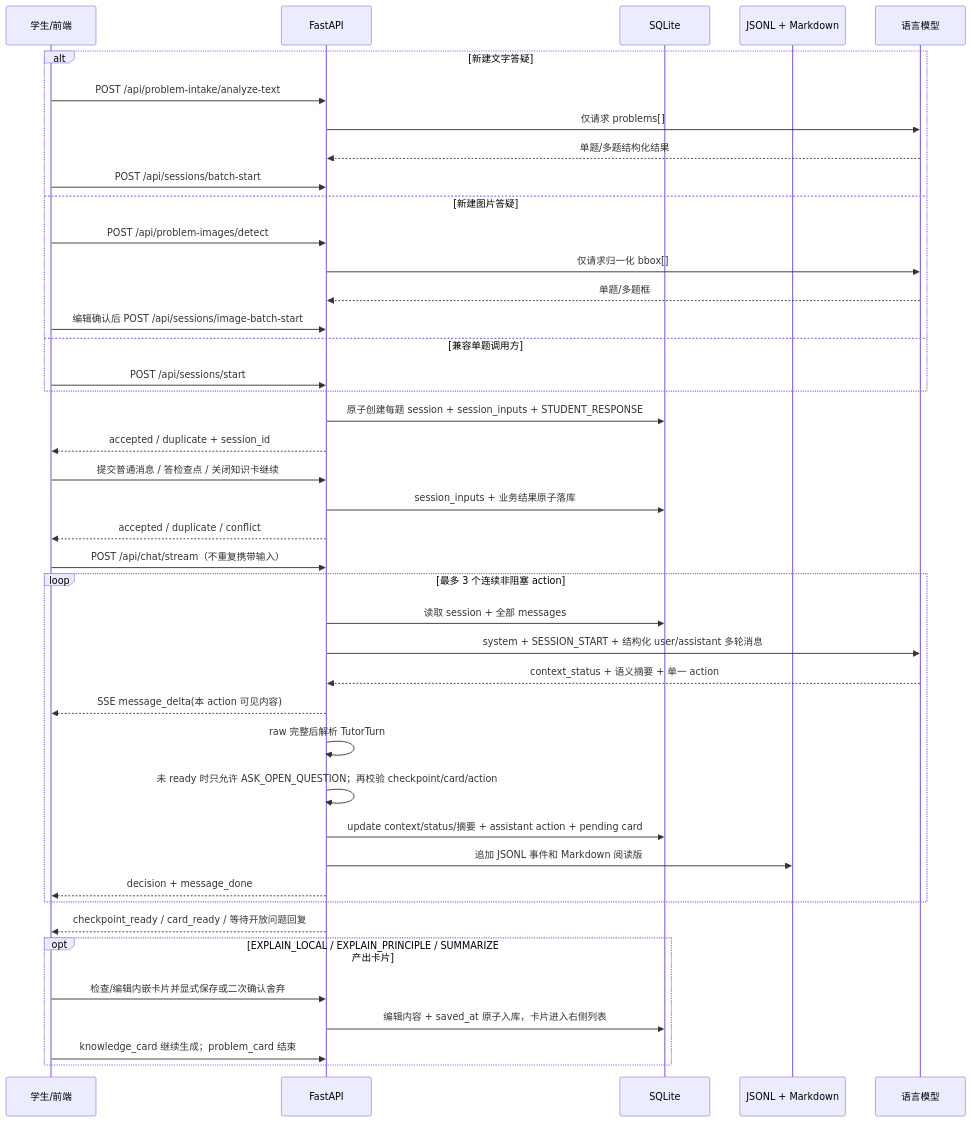
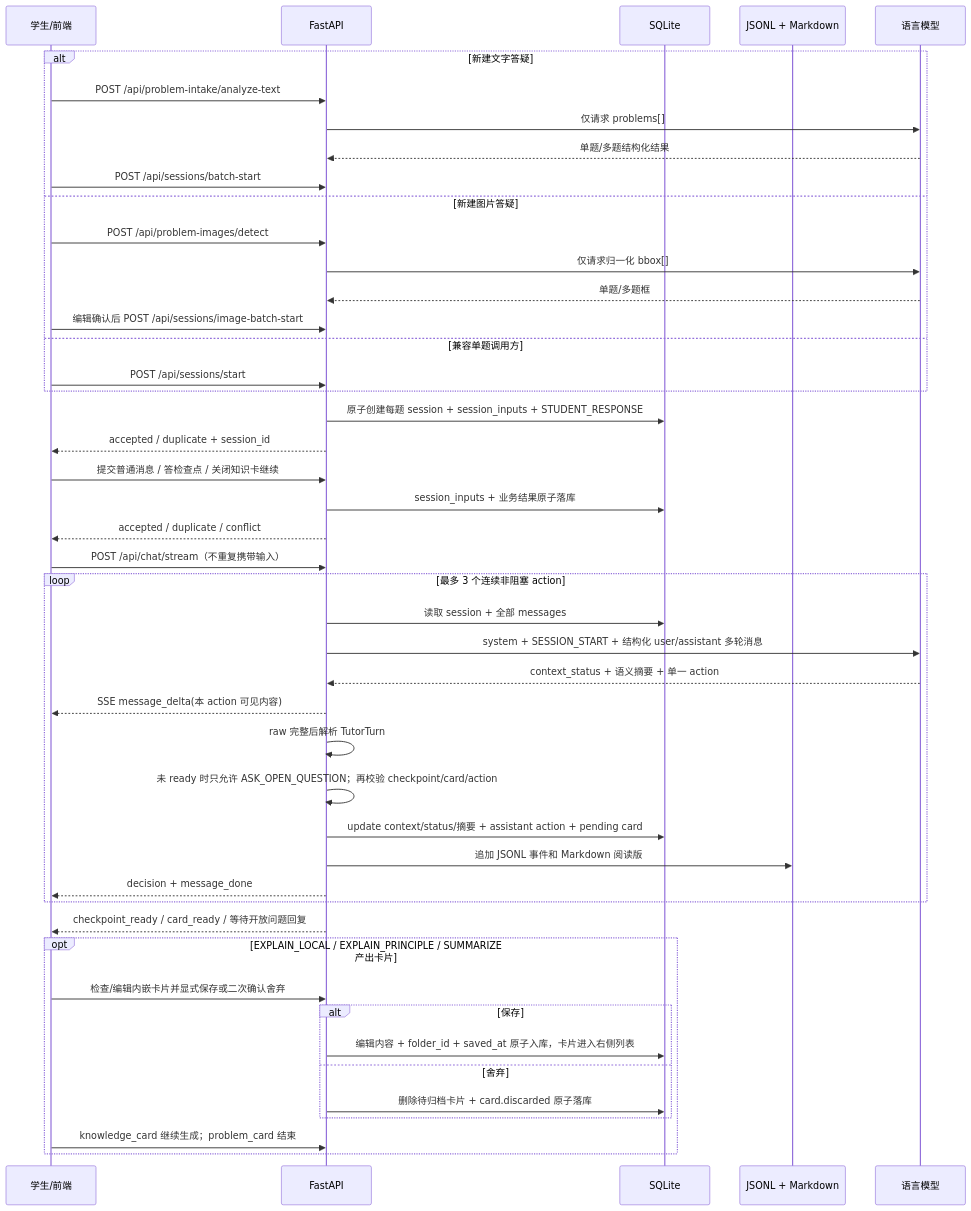
Before and after one commit to robbinpanda/Diagnostic-teaching: the diagram in docs/state-machine.md, drawn with Mermaid. The commit also changed other lines of this file and 4 other files, not shown here.

````diff
--- a/docs/state-machine.md
+++ b/docs/state-machine.md
@@ -20,45 +20,49 @@
 ```mermaid
 sequenceDiagram
   participant Student as 学生/前端
   participant API as FastAPI
   participant DB as SQLite
   participant Log as JSONL + Markdown
   participant LLM as 语言模型
 
   alt 新建文字答疑
     Student->>API: POST /api/problem-intake/analyze-text
     API->>LLM: 仅请求 problems[]
     LLM-->>API: 单题/多题结构化结果
     Student->>API: POST /api/sessions/batch-start
   else 新建图片答疑
     Student->>API: POST /api/problem-images/detect
     API->>LLM: 仅请求归一化 bbox[]
     LLM-->>API: 单题/多题框
     Student->>API: 编辑确认后 POST /api/sessions/image-batch-start
   else 兼容单题调用方
     Student->>API: POST /api/sessions/start
   end
   API->>DB: 原子创建每题 session + session_inputs + STUDENT_RESPONSE
   API-->>Student: accepted / duplicate + session_id
   Student->>API: 提交普通消息 / 答检查点 / 关闭知识卡继续
   API->>DB: session_inputs + 业务结果原子落库
   API-->>Student: accepted / duplicate / conflict
   Student->>API: POST /api/chat/stream（不重复携带输入）
   loop 最多 3 个连续非阻塞 action
     API->>DB: 读取 session + 全部 messages
     API->>LLM: system + SESSION_START + 结构化 user/assistant 多轮消息
     LLM-->>API: context_status + 语义摘要 + 单一 action
     API-->>Student: SSE message_delta(本 action 可见内容)
     API->>API: raw 完整后解析 TutorTurn
     API->>API: 未 ready 时只允许 ASK_OPEN_QUESTION；再校验 checkpoint/card/action
     API->>DB: update context/status/摘要 + assistant action + pending card
     API->>Log: 追加 JSONL 事件和 Markdown 阅读版
     API-->>Student: decision + message_done
   end
   API-->>Student: checkpoint_ready / card_ready / 等待开放问题回复
   opt EXPLAIN_LOCAL / EXPLAIN_PRINCIPLE / SUMMARIZE 产出卡片
     Student->>API: 检查/编辑内嵌卡片并显式保存或二次确认舍弃
-    API->>DB: 编辑内容 + saved_at 原子入库，卡片进入右侧列表
+    alt 保存
+      API->>DB: 编辑内容 + folder_id + saved_at 原子入库，卡片进入右侧列表
+    else 舍弃
+      API->>DB: 删除待归档卡片 + card.discarded 原子落库
+    end
     Student->>API: knowledge_card 继续生成；problem_card 结束
   end
 ```
````
